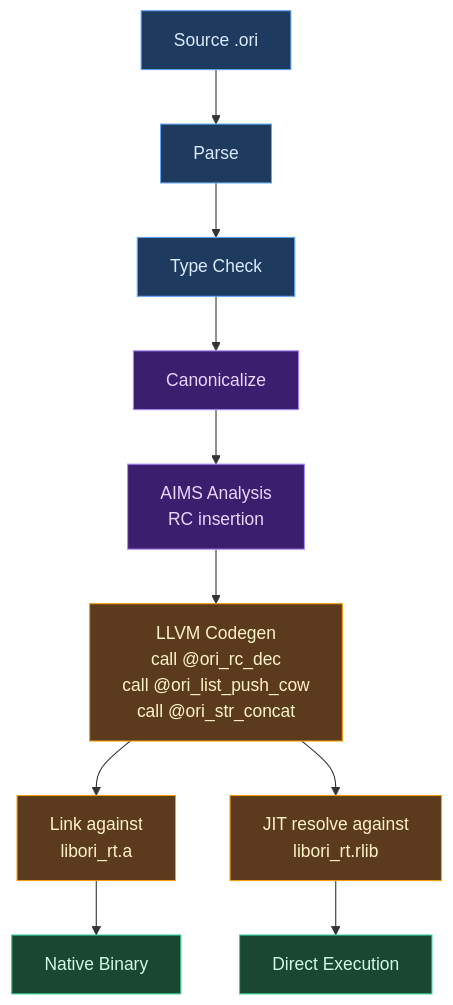
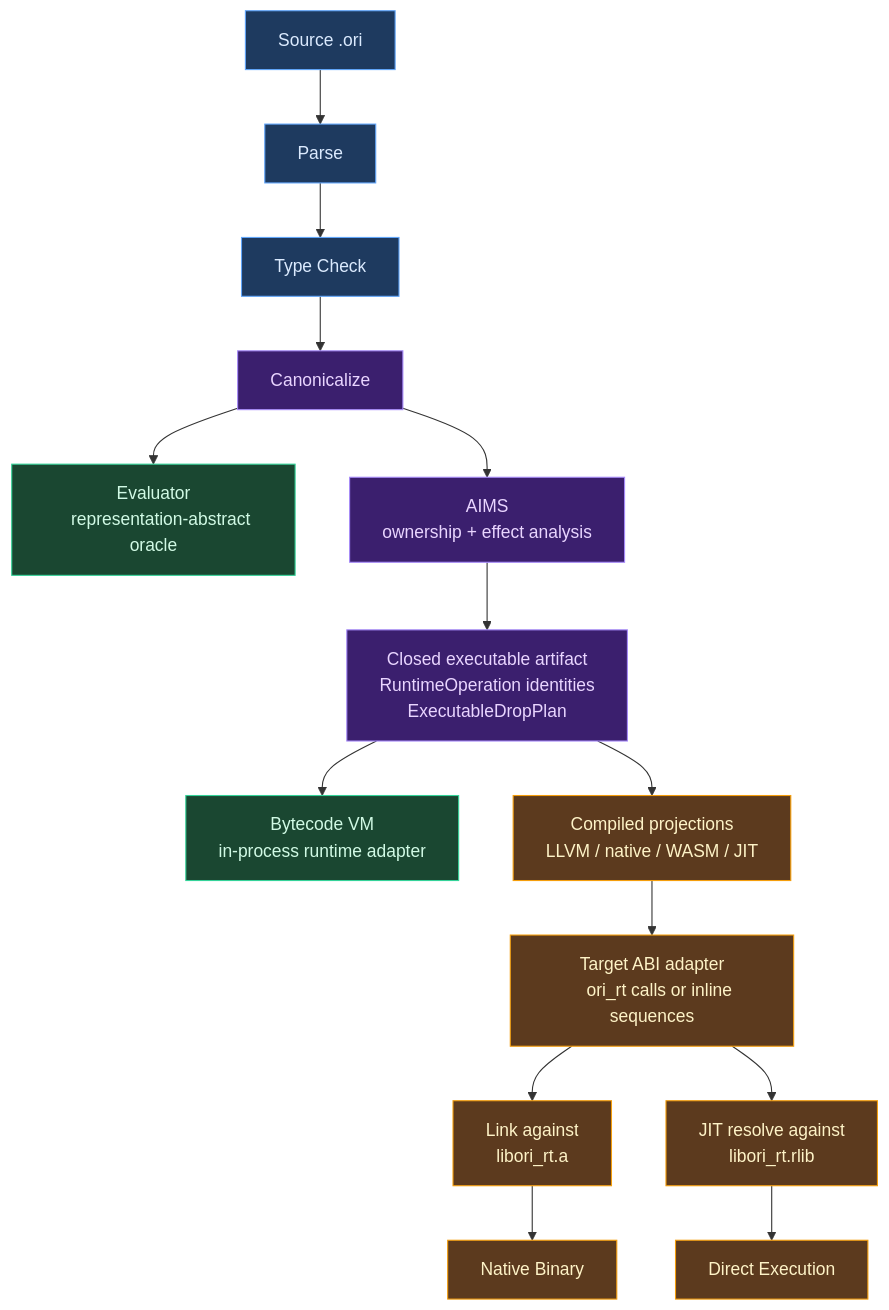
The first of 2 diagrams in docs/compiler/design/11-runtime/index.md (upstat-io/ori-lang), drawn with Mermaid before and after one commit. The commit also changed other lines of this file and 686 other files, not shown here.

First line of the commit message:
feat(runtime): add shared ownership plans and bytecode VM

````diff
--- a/docs/compiler/design/11-runtime/index.md
+++ b/docs/compiler/design/11-runtime/index.md
@@ -76,30 +84,37 @@
 ```mermaid
 flowchart TB
     Source["Source .ori"] --> Parse["Parse"]
     Parse --> TypeCheck["Type Check"]
     TypeCheck --> Canon["Canonicalize"]
-    Canon --> ARC["AIMS Analysis
-    RC insertion"]
-    ARC --> LLVM["LLVM Codegen
-    call @ori_rc_dec
-    call @ori_list_push_cow
-    call @ori_str_concat"]
+    Canon --> Eval["Evaluator
+    representation-abstract oracle"]
+    Canon --> AIMS["AIMS
+    ownership + effect analysis"]
+    AIMS --> Executable["Closed executable artifact
+    RuntimeOperation identities
+    ExecutableDropPlan"]
+    Executable --> VM["Bytecode VM
+    in-process runtime adapter"]
+    Executable --> Compiled["Compiled projections
+    LLVM / native / WASM / JIT"]
+    Compiled --> CAbi["Target ABI adapter
+    ori_rt calls or inline sequences"]
 
-    LLVM --> Link["Link against
+    CAbi --> Link["Link against
     libori_rt.a"]
     Link --> Binary["Native Binary"]
 
-    LLVM --> JIT["JIT resolve against
+    CAbi --> JIT["JIT resolve against
     libori_rt.rlib"]
     JIT --> Exec["Direct Execution"]
 
     classDef frontend fill:#1e3a5f,stroke:#60a5fa,color:#dbeafe
     classDef canon fill:#3b1f6e,stroke:#a78bfa,color:#e9d5ff
     classDef native fill:#5c3a1e,stroke:#f59e0b,color:#fef3c7
     classDef interpreter fill:#1a4731,stroke:#34d399,color:#d1fae5
 
     class Source,Parse,TypeCheck frontend
-    class Canon,ARC canon
-    class LLVM,Link,JIT native
-    class Binary,Exec interpreter
+    class Canon,AIMS,Executable canon
+    class Compiled,CAbi,Link,JIT,Binary,Exec native
+    class Eval,VM interpreter
 ```
````
